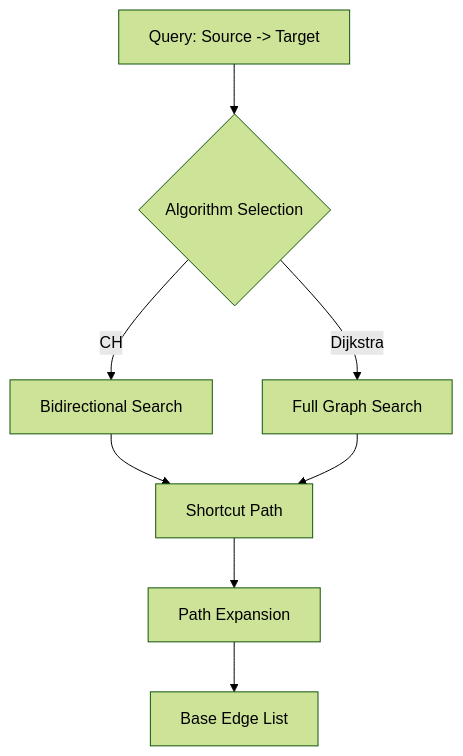
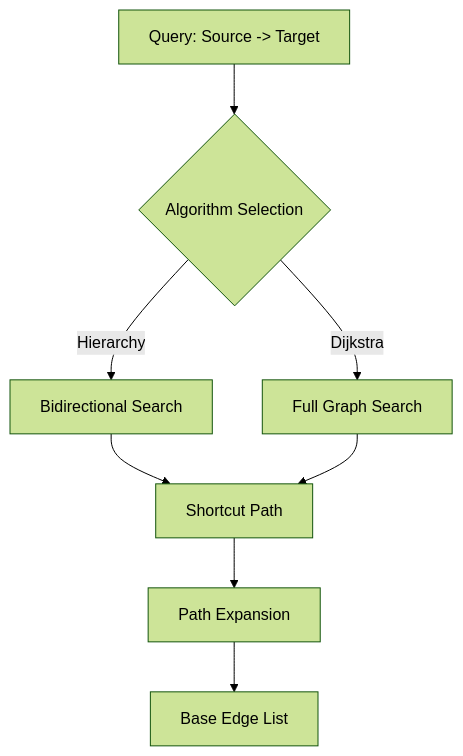
The diagram in docs/algorithms.md (Khoshkhah/h3-routing-platform), drawn with Mermaid (forest theme) before and after one commit. The commit also changed other lines of this file and 1 other file, not shown here.

Commit message:
docs: correct routing algorithm description to H3 Spatial Hierarchy

````diff
--- a/docs/algorithms.md
+++ b/docs/algorithms.md
@@ -46,10 +49,10 @@
 ```mermaid
 graph TD
     A[Query: Source -> Target] --> B{Algorithm Selection}
-    B -->|CH| C[Bidirectional Search]
+    B -->|Hierarchy| C[Bidirectional Search]
     B -->|Dijkstra| D[Full Graph Search]
     C --> E[Shortcut Path]
     D --> E
     E --> F[Path Expansion]
     F --> G[Base Edge List]
 ```
````
